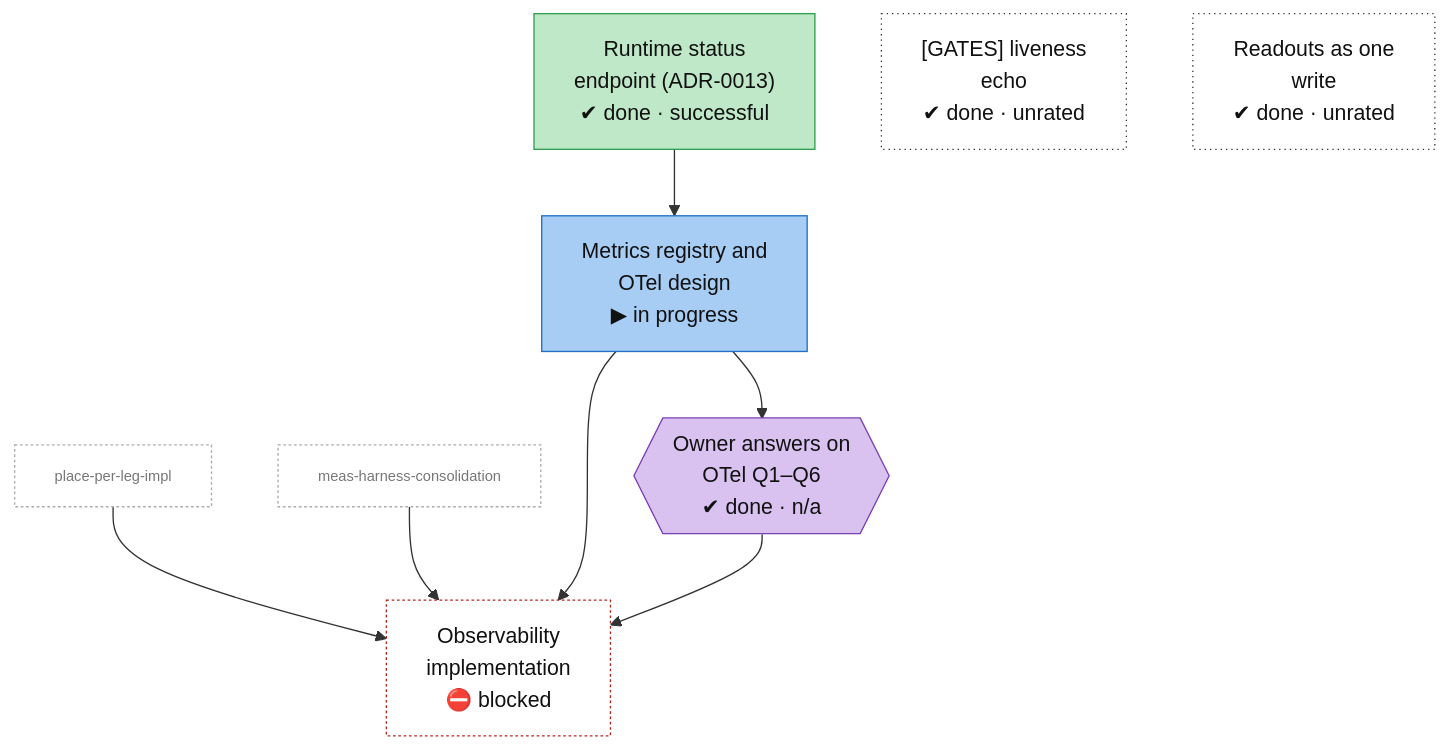
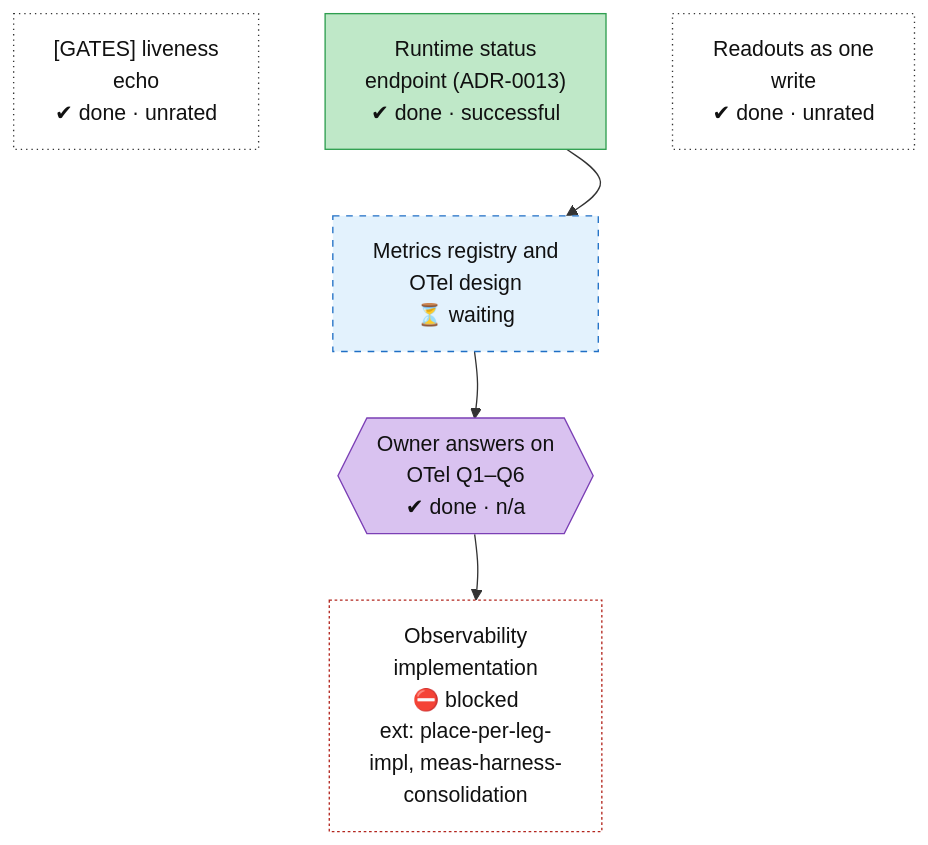
Diagram 13 of 14 in docs/roadmap.md (lhns/raptorpath), drawn with Mermaid before and after one commit. The commit also changed other lines of this file and 1 other file, not shown here.

Commit message:
roadmap: 228 nodes - law-ledger fix order folded in, waiting vs running, owner-request coverage, dates from merges; regenerated on the portrait layout

````diff
--- a/docs/roadmap.md
+++ b/docs/roadmap.md
@@ -1507,36 +1888,35 @@
 ```mermaid
 flowchart TB
     obs_status_endpoint["Runtime status<br/>endpoint (ADR-0013)<br/>✔ done · successful"]
     obs_gates_echo["#91;GATES#93; liveness<br/>echo<br/>✔ done · unrated"]
     obs_readout_macro["Readouts as one<br/>write<br/>✔ done · unrated"]
-    obs_otel_design["Metrics registry and<br/>OTel design<br/>▶ in progress"]
+    obs_otel_design["Metrics registry and<br/>OTel design<br/>⏳ waiting"]
     obs_user_otel_answers{{"Owner answers on<br/>OTel Q1–Q6<br/>✔ done · n/a"}}
-    obs_impl["Observability<br/>implementation<br/>⛔ blocked"]
-    x_meas_harness_consolidation["meas-harness-consolidation"]
-    x_place_per_leg_impl["place-per-leg-impl"]
+    obs_impl["Observability<br/>implementation<br/>⛔ blocked<br/>ext: place-per-leg-<br/>impl, meas-harness-<br/>consolidation"]
+    obs_status_endpoint ~~~ obs_otel_design
+    obs_gates_echo ~~~ obs_otel_design
+    obs_readout_macro ~~~ obs_otel_design
+    obs_otel_design ~~~ obs_user_otel_answers
+    obs_user_otel_answers ~~~ obs_impl
     obs_status_endpoint --> obs_otel_design
     obs_otel_design --> obs_user_otel_answers
-    x_place_per_leg_impl --> obs_impl
-    x_meas_harness_consolidation --> obs_impl
-    obs_otel_design --> obs_impl
     obs_user_otel_answers --> obs_impl
     classDef vsucc fill:#2e9e4f,stroke:#1b6b34,color:#fff
     classDef succ fill:#bfe8c8,stroke:#2e9e4f,color:#111
     classDef mixed fill:#ffd37a,stroke:#c98a00,color:#111
     classDef bad fill:#f28b82,stroke:#b3261e,color:#111
     classDef dead fill:#e6e6e6,stroke:#777,stroke-dasharray:5 5,color:#555
     classDef inprog fill:#a8cdf5,stroke:#1f6fc5,color:#111
     classDef next fill:#fff,stroke:#333,color:#111
     classDef blocked fill:#fff,stroke:#b3261e,stroke-dasharray:2 2,color:#111
     classDef parked fill:#f3f3f3,stroke:#999,color:#555
     classDef unrated fill:#fff,stroke:#333,stroke-dasharray:1 3,color:#111
     classDef userdec fill:#d9c2f0,stroke:#7b3fb5,color:#111
     classDef defect fill:#ffe0b2,stroke:#d84315,stroke-width:2px,color:#111
-    classDef stub fill:#fff,stroke:#aaa,stroke-dasharray:2 2,color:#777,font-size:11px
+    classDef waiting fill:#e3f2fd,stroke:#1f6fc5,stroke-dasharray:5 5,color:#111
     class obs_status_endpoint succ
     class obs_gates_echo,obs_readout_macro unrated
-    class obs_otel_design inprog
+    class obs_otel_design waiting
     class obs_user_otel_answers userdec
     class obs_impl blocked
-    class x_meas_harness_consolidation,x_place_per_leg_impl stub
 ```
````
